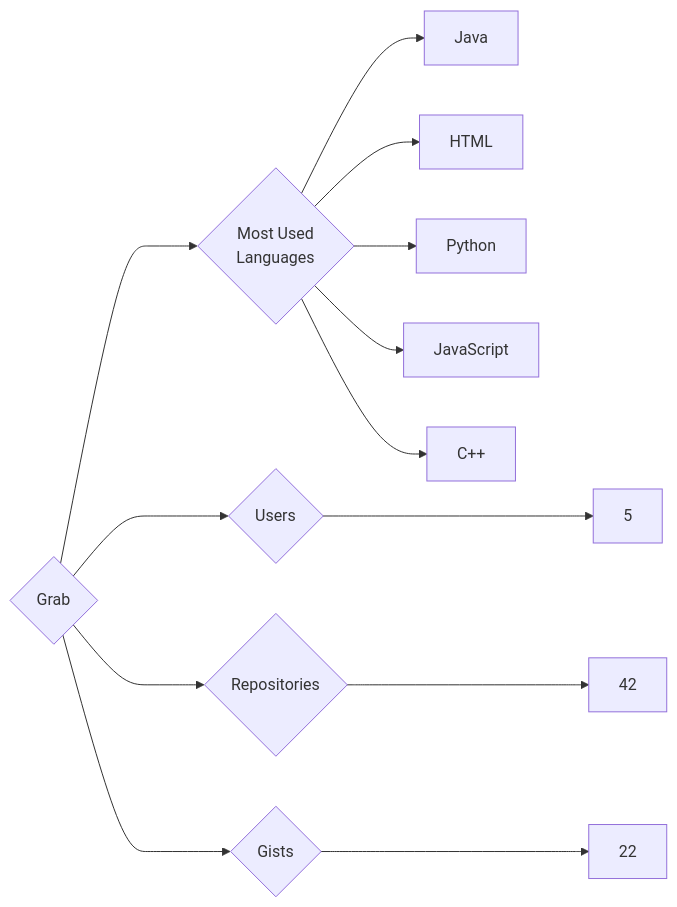
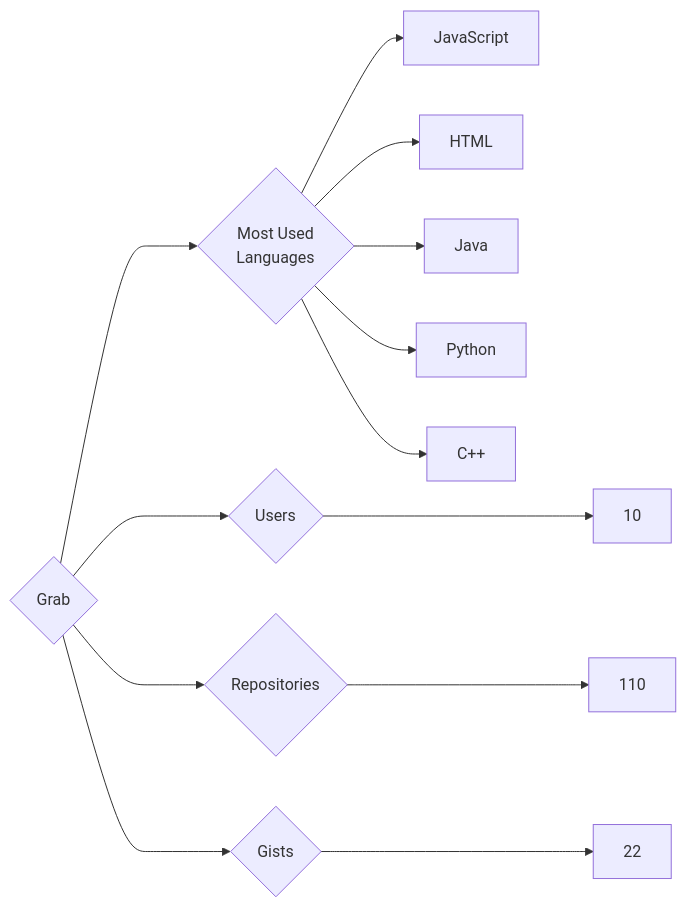
The diagram in targets/Grab/README.md (trickest/insiders), drawn with Mermaid before and after one commit. The commit also changed 611 other files, not shown here.

````diff
--- a/targets/Grab/README.md
+++ b/targets/Grab/README.md
@@ -3,13 +3,13 @@
 ```mermaid
 graph LR
 COMPANY_NAME{Grab}
-COMPANY_NAME ---> U{Users} ---> UN[5]
-COMPANY_NAME ---> R{Repositories} ---> RN[42]
+COMPANY_NAME ---> U{Users} ---> UN[10]
+COMPANY_NAME ---> R{Repositories} ---> RN[110]
 COMPANY_NAME ---> G{Gists} ---> GN[22]
 COMPANY_NAME ---> ML{Most Used<br>Languages}
+ML --> JavaScript[JavaScript]
+ML --> HTML[HTML]
 ML --> Java[Java]
-ML --> HTML[HTML]
 ML --> Python[Python]
-ML --> JavaScript[JavaScript]
 ML --> C++[C++]
 ```
````
